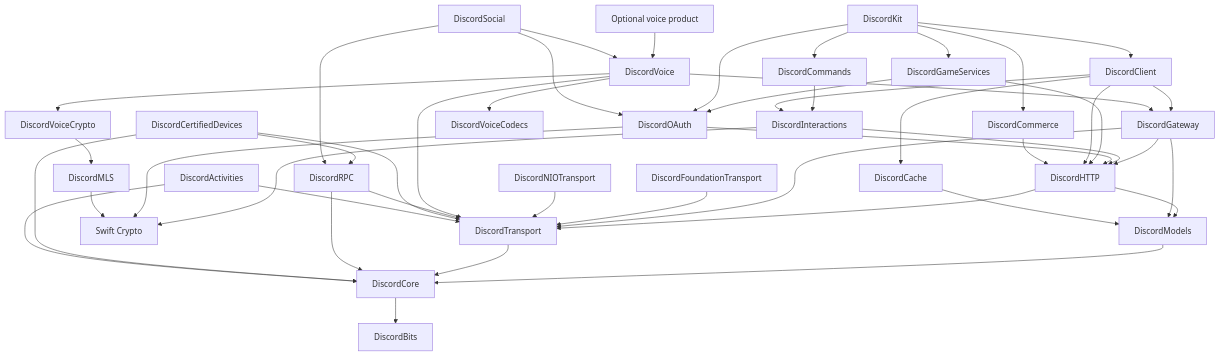
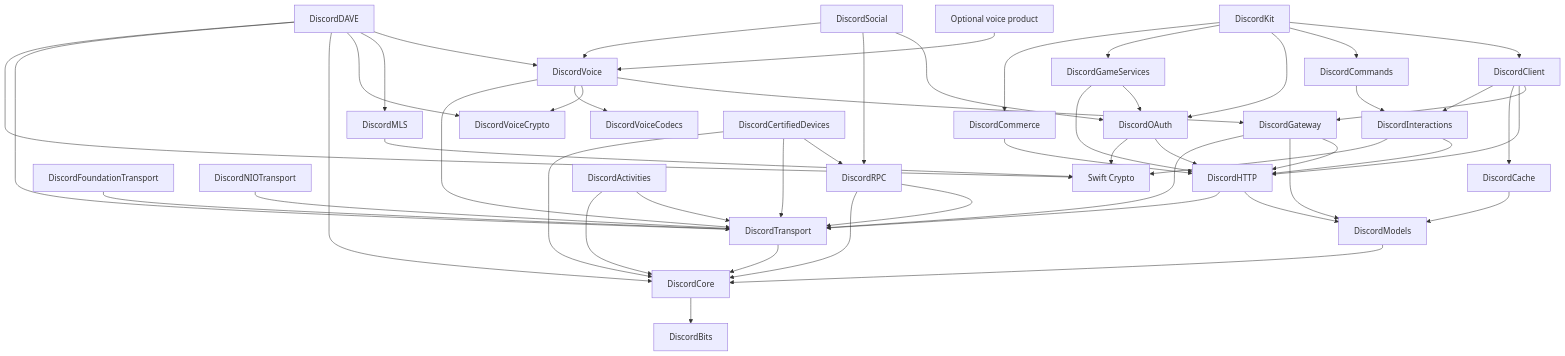
Before and after one commit to CarsonAurum/DiscordKit: the diagram in Docs/Architecture.md, drawn with Mermaid. The commit also changed other lines of this file and 43 other files, not shown here.

````diff
--- a/Docs/Architecture.md
+++ b/Docs/Architecture.md
@@ -96,48 +101,53 @@
 ```mermaid
 flowchart TD
     DiscordCore --> DiscordBits
     DiscordModels --> DiscordCore
     DiscordTransport --> DiscordCore
     DiscordHTTP --> DiscordModels
     DiscordHTTP --> DiscordTransport
     DiscordGateway --> DiscordHTTP
     DiscordGateway --> DiscordModels
     DiscordGateway --> DiscordTransport
     DiscordFoundationTransport --> DiscordTransport
     DiscordNIOTransport --> DiscordTransport
     DiscordCache --> DiscordModels
     DiscordInteractions --> DiscordHTTP
     DiscordInteractions --> SwiftCrypto[Swift Crypto]
     DiscordCommands --> DiscordInteractions
     DiscordOAuth --> DiscordHTTP
     DiscordOAuth --> SwiftCrypto
     DiscordGameServices --> DiscordOAuth
     DiscordGameServices --> DiscordHTTP
     DiscordClient --> DiscordGateway
     DiscordClient --> DiscordHTTP
     DiscordClient --> DiscordCache
     DiscordClient --> DiscordInteractions
     DiscordVoice --> DiscordGateway
     DiscordVoice --> DiscordVoiceCrypto
     DiscordVoice --> DiscordVoiceCodecs
     DiscordVoice --> DiscordTransport
-    DiscordVoiceCrypto --> DiscordMLS
+    DiscordDAVE --> DiscordVoice
+    DiscordDAVE --> DiscordMLS
+    DiscordDAVE --> DiscordVoiceCrypto
+    DiscordDAVE --> DiscordCore
+    DiscordDAVE --> DiscordTransport
+    DiscordDAVE --> SwiftCrypto
     DiscordMLS --> SwiftCrypto
     DiscordKit --> DiscordClient
     DiscordKit --> DiscordCommands
     DiscordKit --> DiscordOAuth
     DiscordKit --> DiscordGameServices
     DiscordKit --> DiscordCommerce
     VoiceProduct[Optional voice product] --> DiscordVoice
     DiscordRPC --> DiscordTransport
     DiscordRPC --> DiscordCore
     DiscordCertifiedDevices --> DiscordRPC
     DiscordCertifiedDevices --> DiscordTransport
     DiscordCertifiedDevices --> DiscordCore
     DiscordActivities --> DiscordTransport
     DiscordActivities --> DiscordCore
     DiscordSocial --> DiscordOAuth
     DiscordSocial --> DiscordRPC
     DiscordSocial --> DiscordVoice
     DiscordCommerce --> DiscordHTTP
 ```
````
